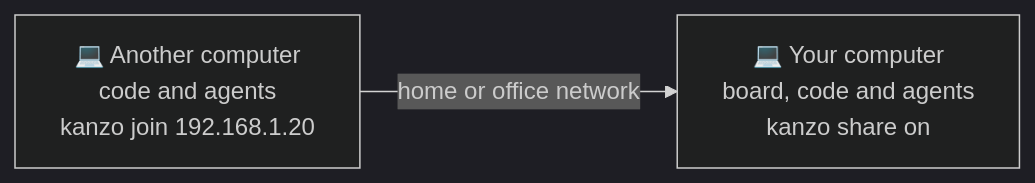
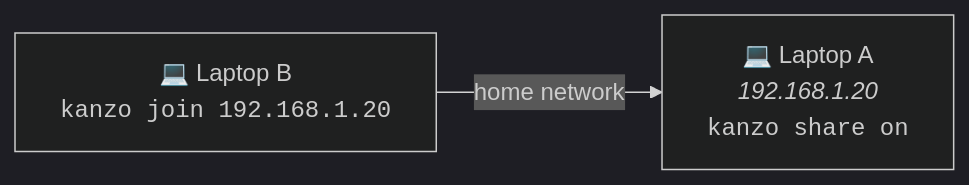
One commit to emanuele-em/kanzo changed the first of 3 diagrams in README.md. Above: the diagram before and after it, drawn with Mermaid (dark theme). The commit also changed other lines of this file, not shown here.

First line of the commit message:
Shorten the sharing diagrams in the README

````diff
--- a/README.md
+++ b/README.md
@@ -101,4 +101,4 @@
 ```mermaid
 flowchart LR
-  a["💻 Another computer<br>code and agents<br>kanzo join 192.168.1.20"] -- home or office network --> host["💻 Your computer<br>board, code and agents<br>kanzo share on"]
+  B["💻 Laptop B<br><code>kanzo#nbsp;join#nbsp;192.168.1.20</code>"] -- home network --> A["💻 Laptop A<br><i>192.168.1.20</i><br><code>kanzo#nbsp;share#nbsp;on</code>"]
 ```
````
